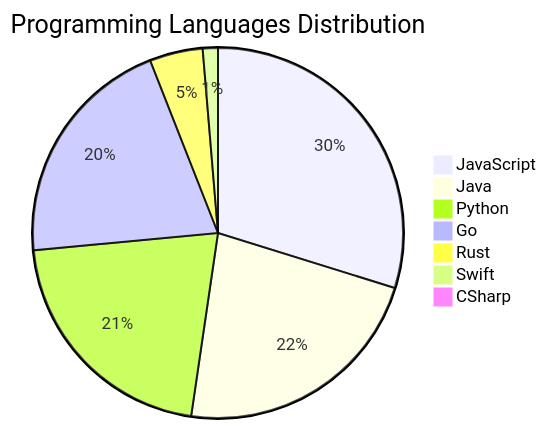
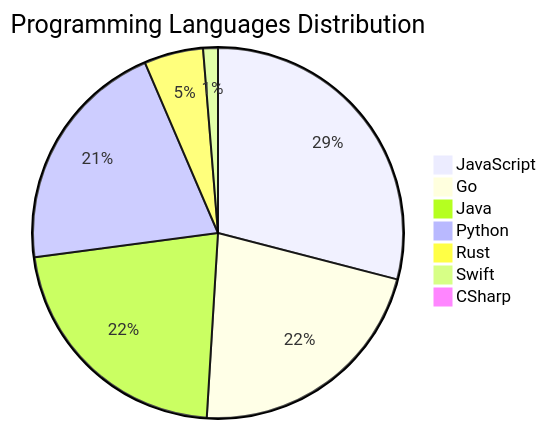
Before and after one commit to Derrick-MUGISHA/github-activity-bot: the diagram in README.md, drawn with Mermaid. The commit also changed other lines of this file and 4 other files, not shown here.

````diff
--- a/README.md
+++ b/README.md
@@ -207,10 +207,10 @@
 ```mermaid
 pie title Programming Languages Distribution
     "JavaScript" : 45
+    "Go" : 34
     "Java" : 34
     "Python" : 32
-    "Go" : 31
-    "Rust" : 7
+    "Rust" : 8
     "Swift" : 2
     "CSharp" : 1
 ```
````
